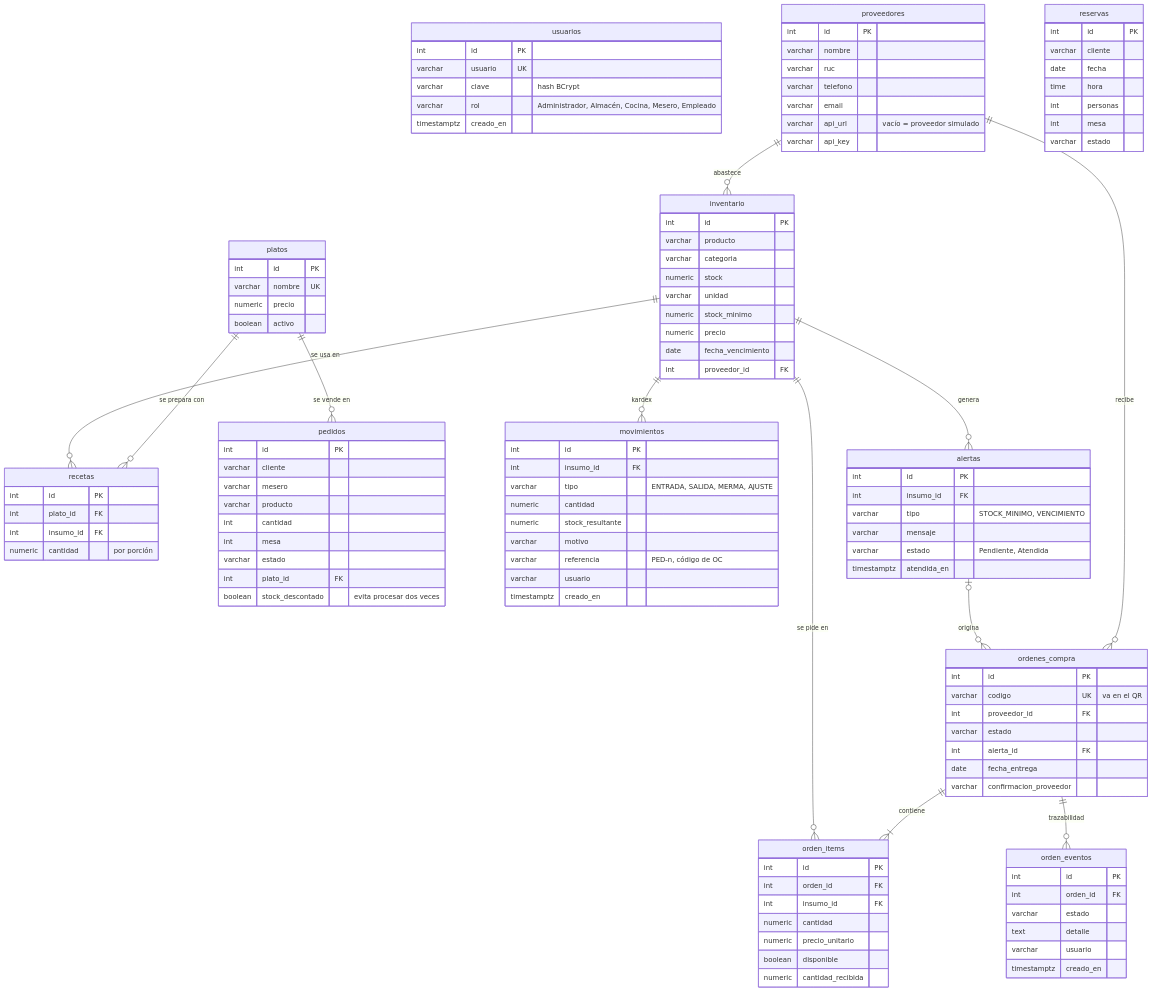
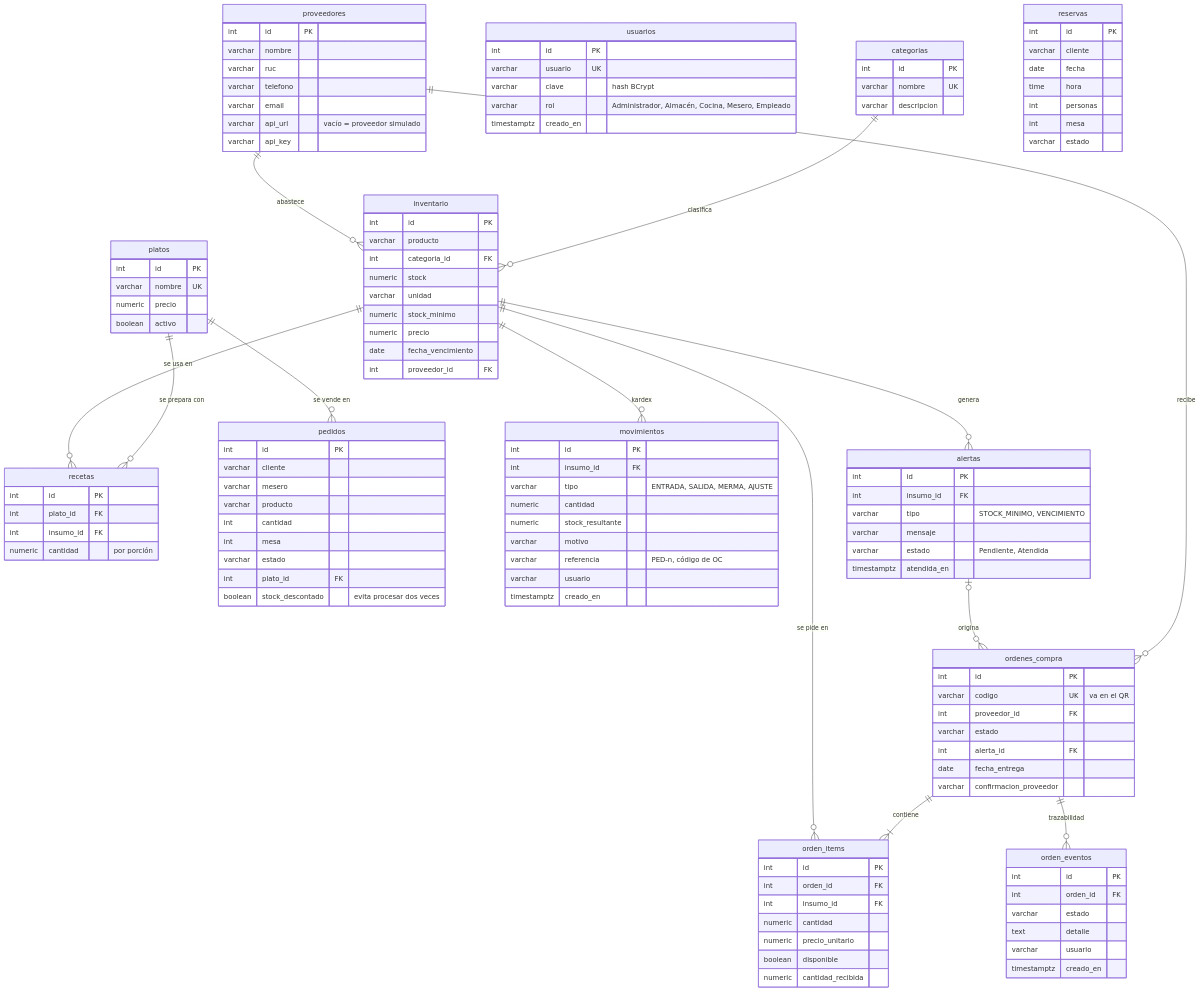
The diagram in docs/MODELO_BD.md (EduardoZA03/Soluciones-Wed), drawn with Mermaid before and after one commit. The commit also changed other lines of this file and 222 other files, not shown here.

````diff
--- a/docs/MODELO_BD.md
+++ b/docs/MODELO_BD.md
@@ -9,5 +12,10 @@
 ```mermaid
 erDiagram
+    categorias {
+        int id PK
+        varchar nombre UK
+        varchar descripcion
+    }
     usuarios {
         int id PK
         varchar usuario UK
@@ -27,7 +35,7 @@
     inventario {
         int id PK
         varchar producto
-        varchar categoria
+        int categoria_id FK
         numeric stock
         varchar unidad
         numeric stock_minimo
@@ -113,6 +121,7 @@
         varchar estado
     }
 
+    categorias ||--o{ inventario : "clasifica"
     proveedores ||--o{ inventario : "abastece"
     proveedores ||--o{ ordenes_compra : "recibe"
     platos ||--o{ recetas : "se prepara con"
````
